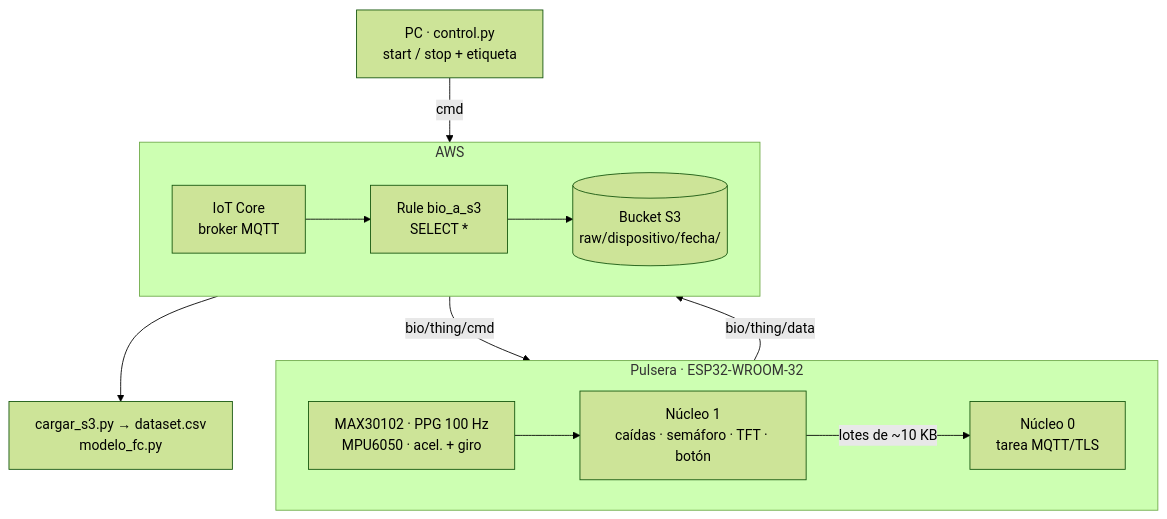
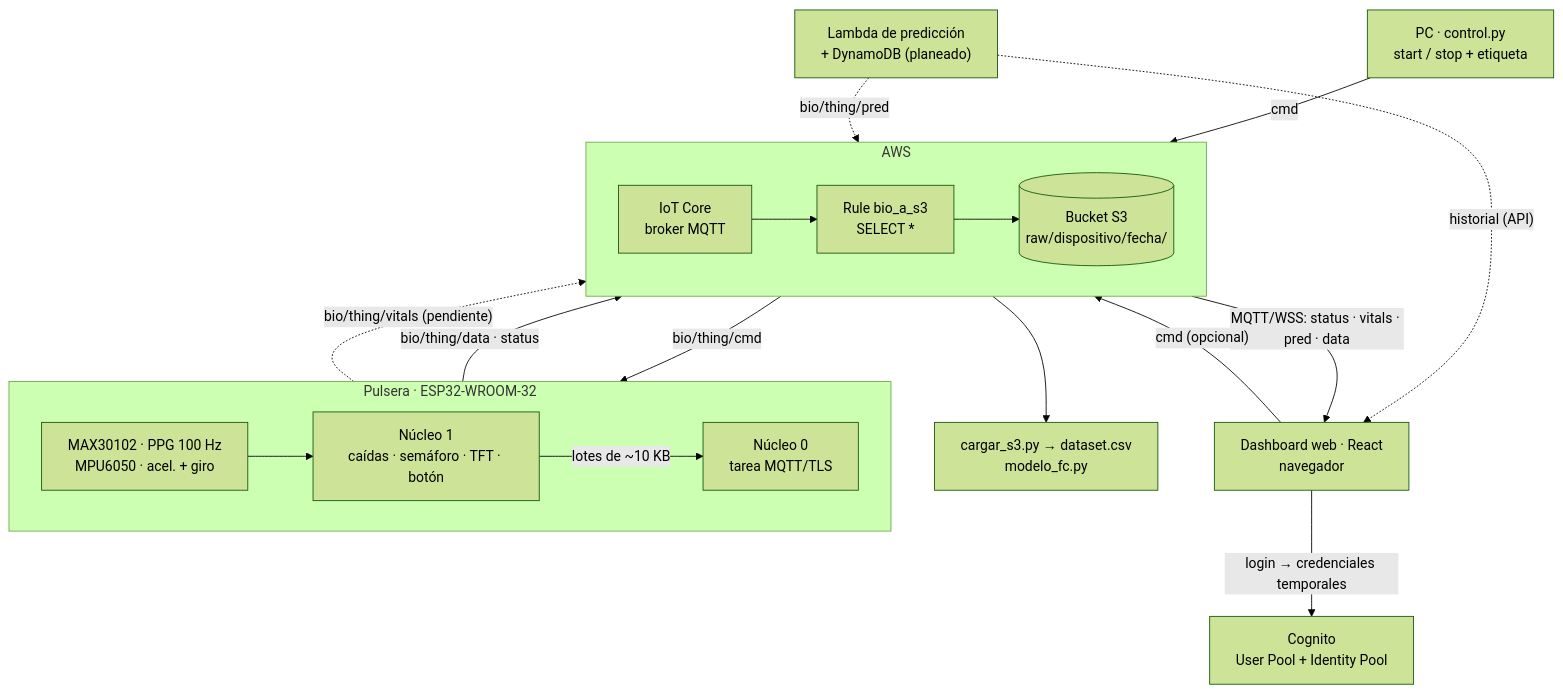
The first of 2 diagrams in README.md (felisfer/pulso-seguro), drawn with Mermaid (forest theme) before and after one commit. The commit also changed other lines of this file and 4 other files, not shown here.

````diff
--- a/README.md
+++ b/README.md
@@ -34,25 +38,34 @@
 ```mermaid
 flowchart TB
     subgraph Pulsera["Pulsera · ESP32-WROOM-32"]
         direction LR
         S["MAX30102 · PPG 100 Hz<br/>MPU6050 · acel. + giro"]
         N1["Núcleo 1<br/>caídas · semáforo · TFT · botón"]
         N0["Núcleo 0<br/>tarea MQTT/TLS"]
         S --> N1
         N1 -- "lotes de ~10 KB" --> N0
     end
     subgraph AWS["AWS"]
         direction LR
         IoT["IoT Core<br/>broker MQTT"]
         Rule["Rule bio_a_s3<br/>SELECT *"]
         S3[("Bucket S3<br/>raw/dispositivo/fecha/")]
         IoT --> Rule --> S3
     end
     PC["PC · control.py<br/>start / stop + etiqueta"]
     ML["cargar_s3.py → dataset.csv<br/>modelo_fc.py"]
+    Web["Dashboard web · React<br/>navegador"]
+    Cog["Cognito<br/>User Pool + Identity Pool"]
+    Pred["Lambda de predicción<br/>+ DynamoDB (planeado)"]
 
-    N0 -- "bio/thing/data" --> IoT
+    N0 -- "bio/thing/data · status" --> IoT
+    N0 -. "bio/thing/vitals (pendiente)" .-> IoT
     IoT -- "bio/thing/cmd" --> N0
     PC -- "cmd" --> IoT
     S3 --> ML
+    Web -- "login → credenciales temporales" --> Cog
+    IoT -- "MQTT/WSS: status · vitals · pred · data" --> Web
+    Web -- "cmd (opcional)" --> IoT
+    Pred -. "bio/thing/pred" .-> IoT
+    Pred -. "historial (API)" .-> Web
 ```
````
